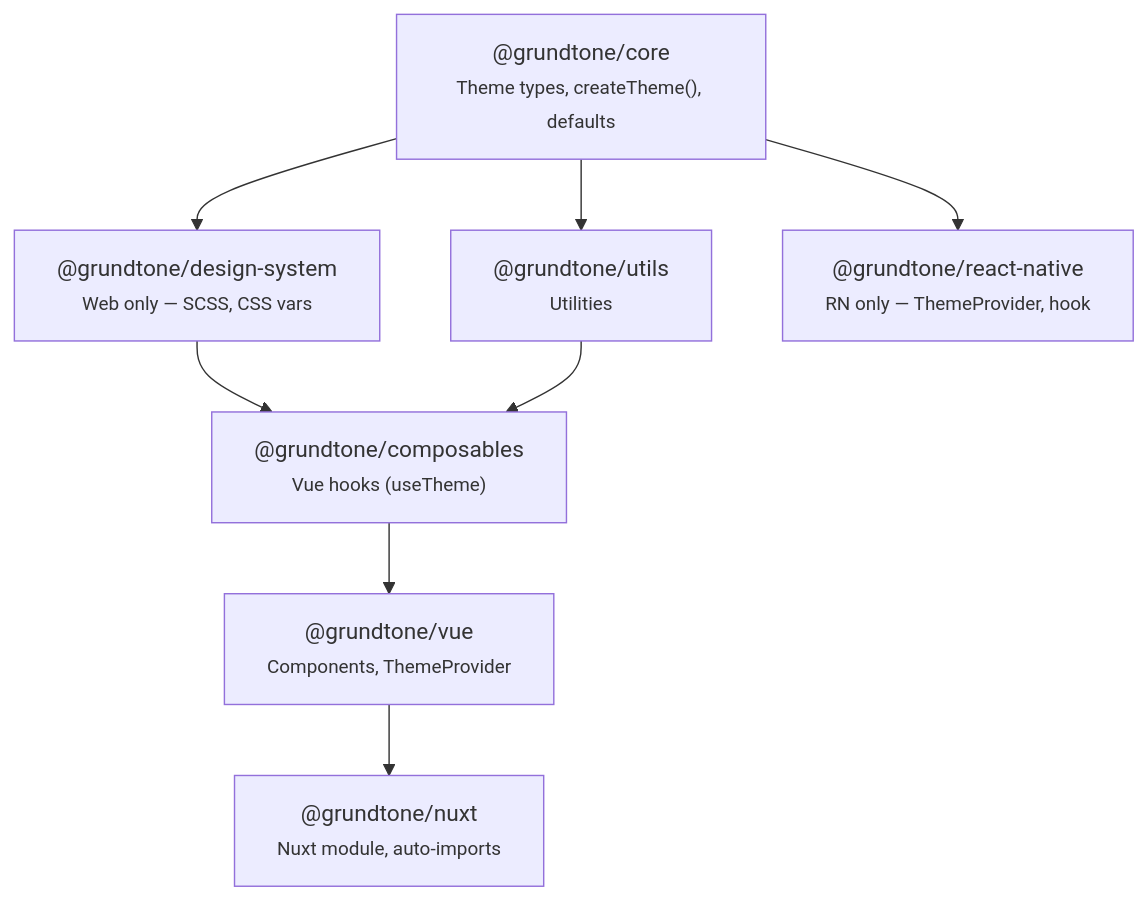
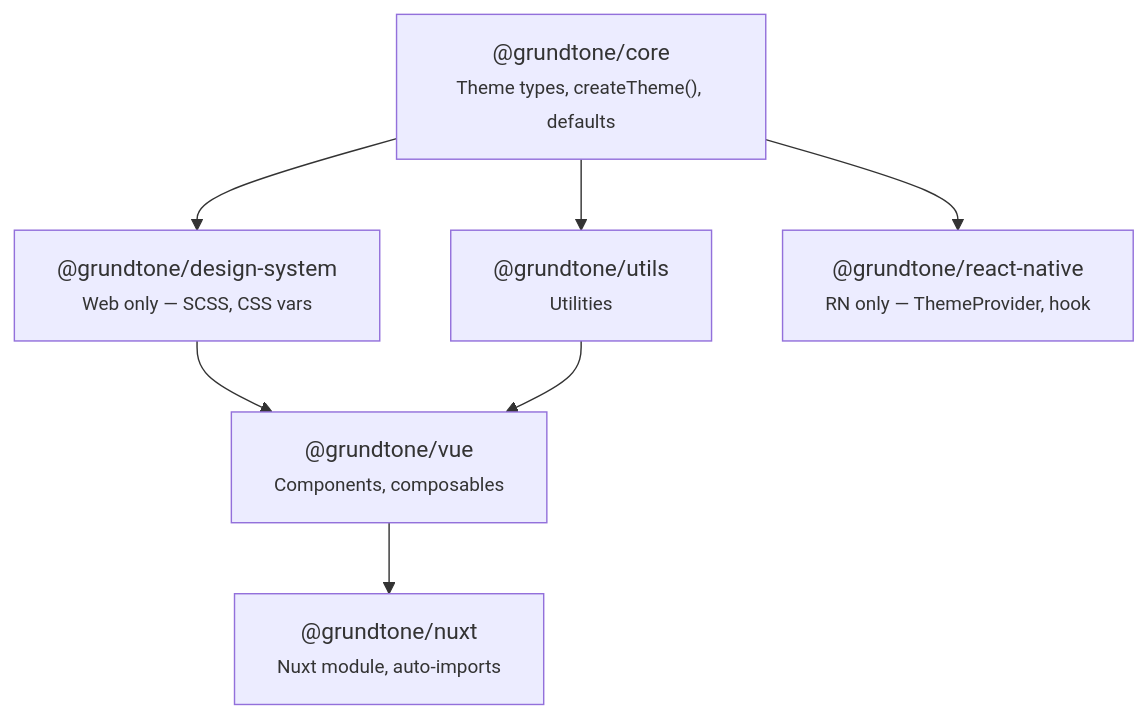
Before and after one commit to KlangHaus/grundtone: the diagram in apps/docs/core/package-architecture.md, drawn with Mermaid. The commit also changed other lines of this file and 7 other files, not shown here.

Commit message:
docs: remove all @grundtone/composables references from docs

````diff
--- a/apps/docs/core/package-architecture.md
+++ b/apps/docs/core/package-architecture.md
@@ -7,18 +7,16 @@
 ```mermaid
 graph TD
     core["@grundtone/core<br/><small>Theme types, createTheme(), defaults</small>"]
     tokens["@grundtone/design-system<br/><small>Web only — SCSS, CSS vars</small>"]
     shared["@grundtone/utils<br/><small>Utilities</small>"]
     rn["@grundtone/react-native<br/><small>RN only — ThemeProvider, hook</small>"]
-    composables["@grundtone/composables<br/><small>Vue hooks (useTheme)</small>"]
-    vue["@grundtone/vue<br/><small>Components, ThemeProvider</small>"]
+    vue["@grundtone/vue<br/><small>Components, composables</small>"]
     nuxt["@grundtone/nuxt<br/><small>Nuxt module, auto-imports</small>"]
 
     core --> tokens
     core --> shared
     core --> rn
-    tokens --> composables
-    shared --> composables
-    composables --> vue
+    tokens --> vue
+    shared --> vue
     vue --> nuxt
 ```
````
